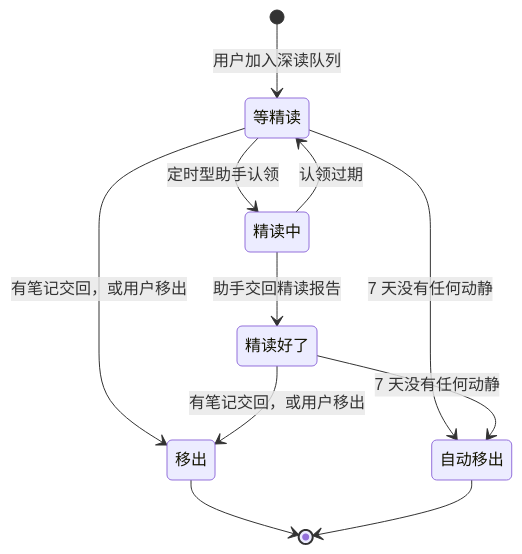
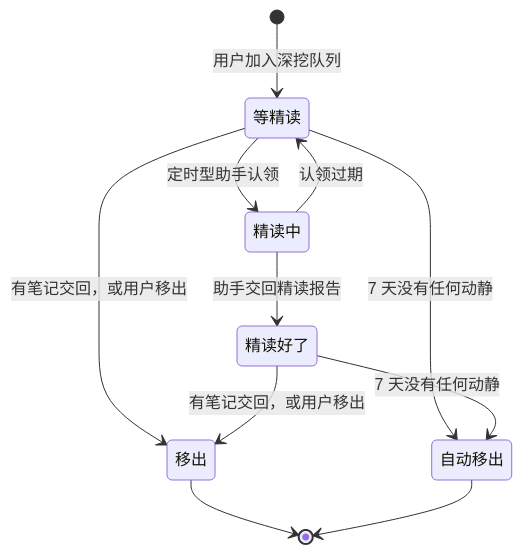
Before and after one commit to KeepEssenceApp/spec: the second of 2 diagrams in product/assistants.md, drawn with Mermaid. The commit also changed other lines of this file and 17 other files, not shown here.

````diff
--- a/product/assistants.md
+++ b/product/assistants.md
@@ -156,13 +156,13 @@
 ```mermaid
 stateDiagram-v2
-    [*] --> 等精读: 用户加入深读队列
+    [*] --> 等精读: 用户加入深挖队列
     等精读 --> 精读中: 定时型助手认领
     精读中 --> 等精读: 认领过期
     精读中 --> 精读好了: 助手交回精读报告
     等精读 --> 移出: 有笔记交回，或用户移出
     精读好了 --> 移出: 有笔记交回，或用户移出
     等精读 --> 自动移出: 7 天没有任何动静
     精读好了 --> 自动移出: 7 天没有任何动静
     移出 --> [*]
     自动移出 --> [*]
 ```
````
